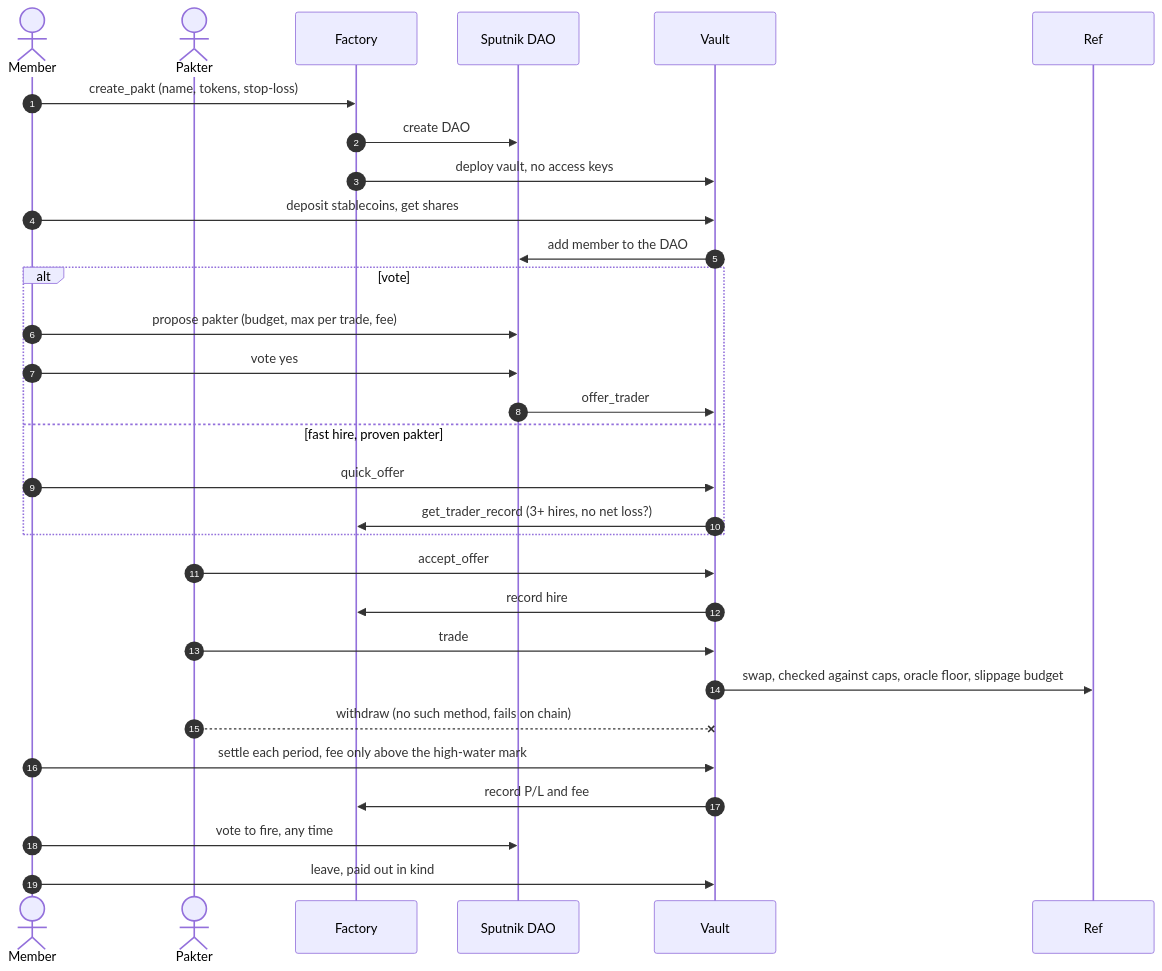
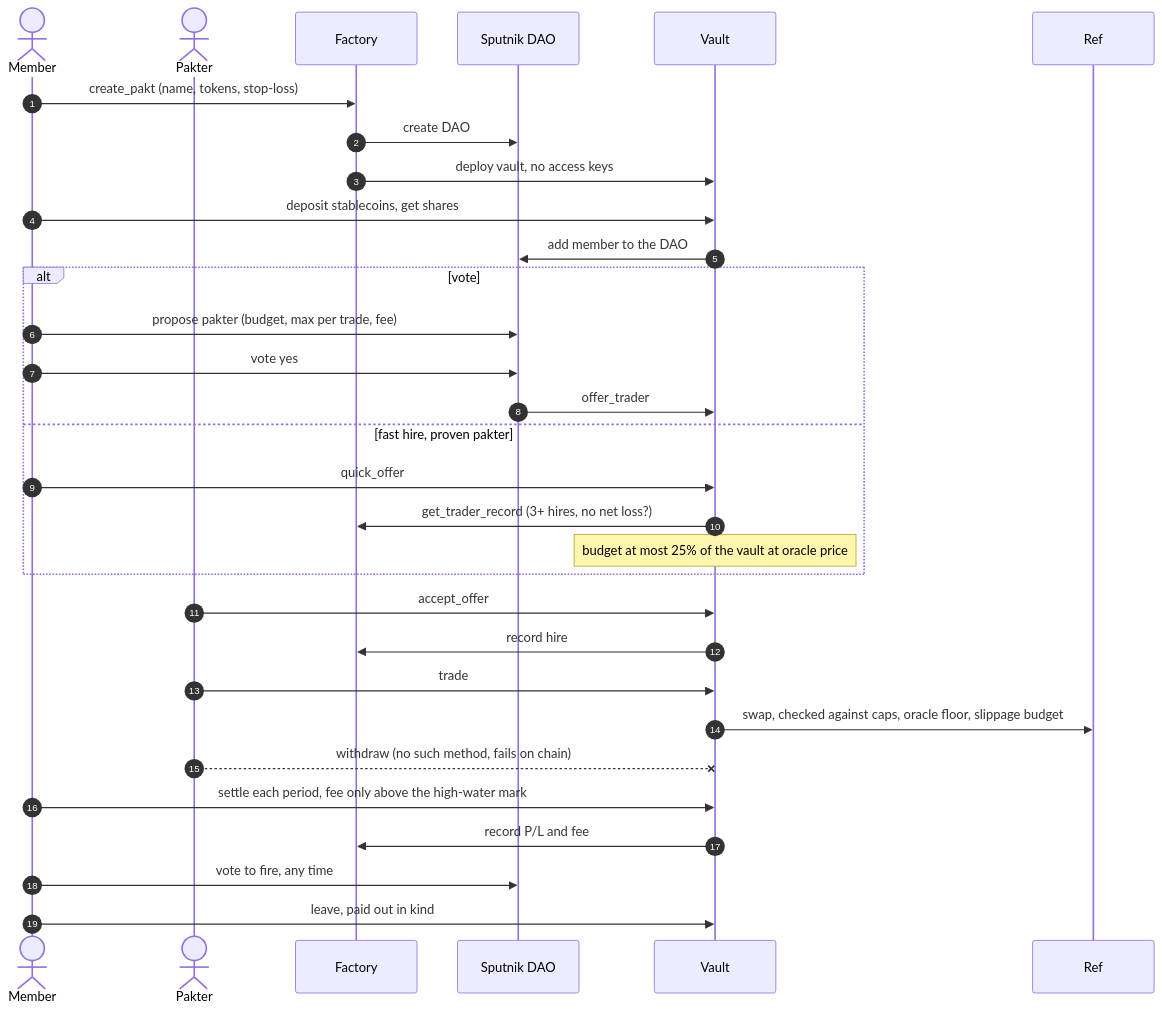
The second of 2 diagrams in README.md (swarupasaha2005-hue/pakt), drawn with Mermaid before and after one commit. The commit also changed other lines of this file, not shown here.

Commit message:
readme squad walkthrough with fast hire hashes, fast hire cap in diagram

````diff
--- a/README.md
+++ b/README.md
@@ -259,33 +271,34 @@
 ```mermaid
 sequenceDiagram
   autonumber
   actor M as Member
   actor P as Pakter
   participant F as Factory
   participant D as Sputnik DAO
   participant V as Vault
   participant R as Ref
 
   M->>F: create_pakt (name, tokens, stop-loss)
   F->>D: create DAO
   F->>V: deploy vault, no access keys
   M->>V: deposit stablecoins, get shares
   V->>D: add member to the DAO
   alt vote
     M->>D: propose pakter (budget, max per trade, fee)
     M->>D: vote yes
     D->>V: offer_trader
   else fast hire, proven pakter
     M->>V: quick_offer
     V->>F: get_trader_record (3+ hires, no net loss?)
+    Note over V: budget at most 25% of the vault at oracle price
   end
   P->>V: accept_offer
   V->>F: record hire
   P->>V: trade
   V->>R: swap, checked against caps, oracle floor, slippage budget
   P--xV: withdraw (no such method, fails on chain)
   M->>V: settle each period, fee only above the high-water mark
   V->>F: record P/L and fee
   M->>D: vote to fire, any time
   M->>V: leave, paid out in kind
 ```
````
